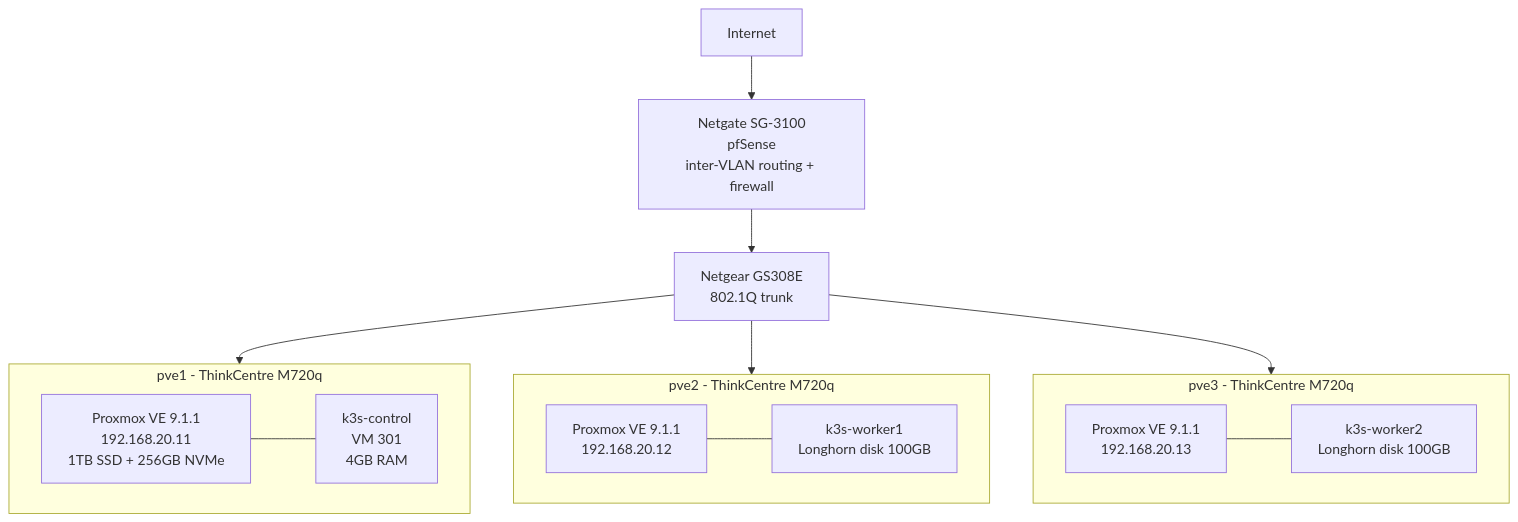
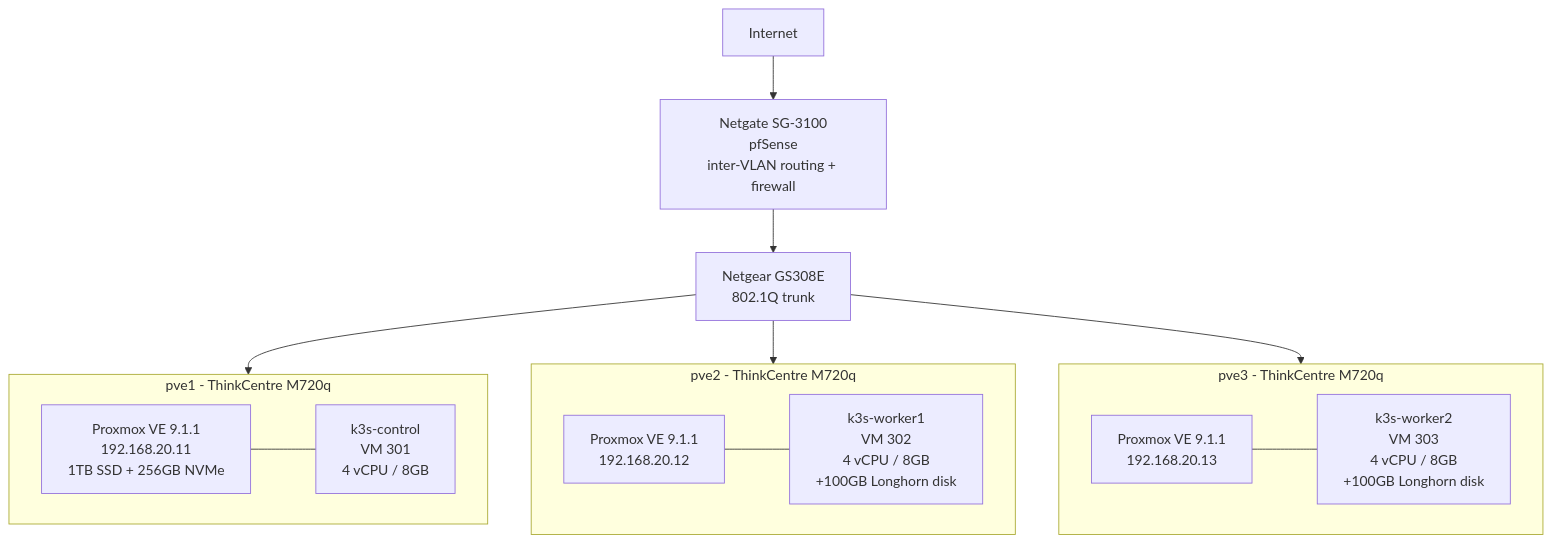
One commit to KFlowers483/homelab changed the first of 3 diagrams in docs/architecture.md. Above: the diagram before and after it, drawn with Mermaid. The commit also changed other lines of this file and 3 other files, not shown here.

````diff
--- a/docs/architecture.md
+++ b/docs/architecture.md
@@ -5,31 +5,31 @@
 ```mermaid
 flowchart TB
     WAN["Internet"]
     FW["Netgate SG-3100<br/>pfSense<br/>inter-VLAN routing + firewall"]
     SW["Netgear GS308E<br/>802.1Q trunk"]
 
     WAN --> FW
     FW --> SW
 
     subgraph PVE1["pve1 - ThinkCentre M720q"]
         H1["Proxmox VE 9.1.1<br/>192.168.20.11<br/>1TB SSD + 256GB NVMe"]
-        VM301["k3s-control<br/>VM 301<br/>4GB RAM"]
+        VM301["k3s-control<br/>VM 301<br/>4 vCPU / 8GB"]
         H1 --- VM301
     end
 
     subgraph PVE2["pve2 - ThinkCentre M720q"]
         H2["Proxmox VE 9.1.1<br/>192.168.20.12"]
-        VMW1["k3s-worker1<br/>Longhorn disk 100GB"]
+        VMW1["k3s-worker1<br/>VM 302<br/>4 vCPU / 8GB<br/>+100GB Longhorn disk"]
         H2 --- VMW1
     end
 
     subgraph PVE3["pve3 - ThinkCentre M720q"]
         H3["Proxmox VE 9.1.1<br/>192.168.20.13"]
-        VMW2["k3s-worker2<br/>Longhorn disk 100GB"]
+        VMW2["k3s-worker2<br/>VM 303<br/>4 vCPU / 8GB<br/>+100GB Longhorn disk"]
         H3 --- VMW2
     end
 
     SW --> PVE1
     SW --> PVE2
     SW --> PVE3
 ```
````
